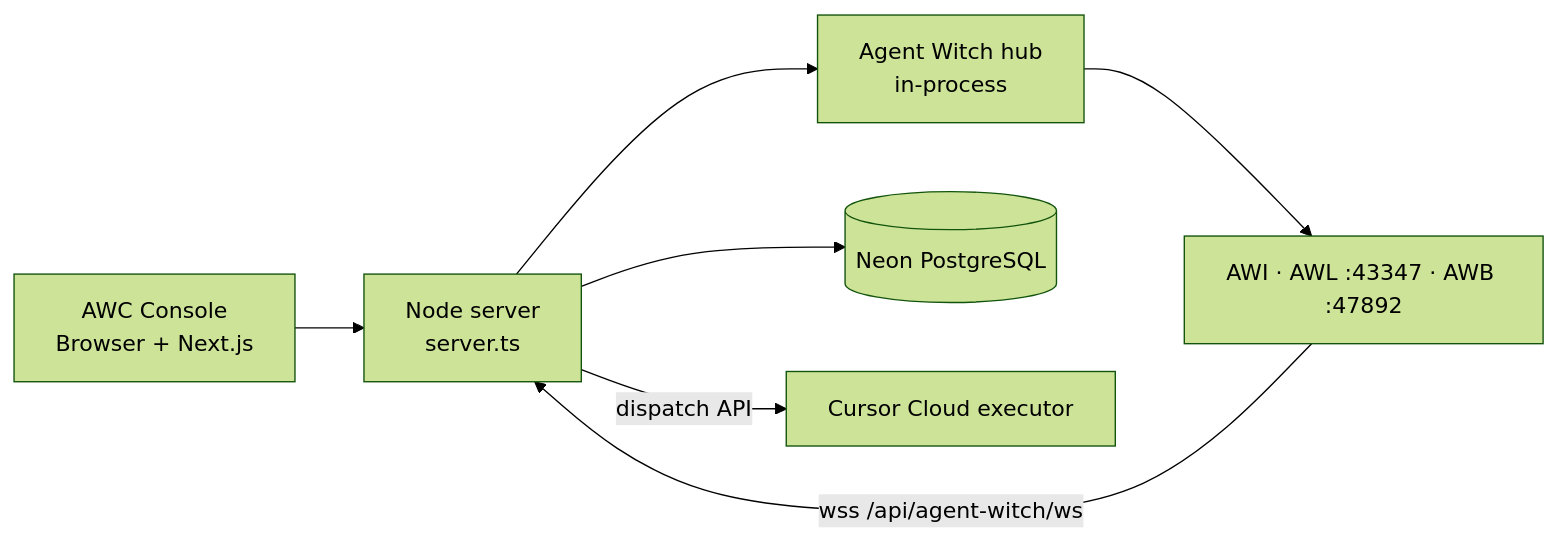
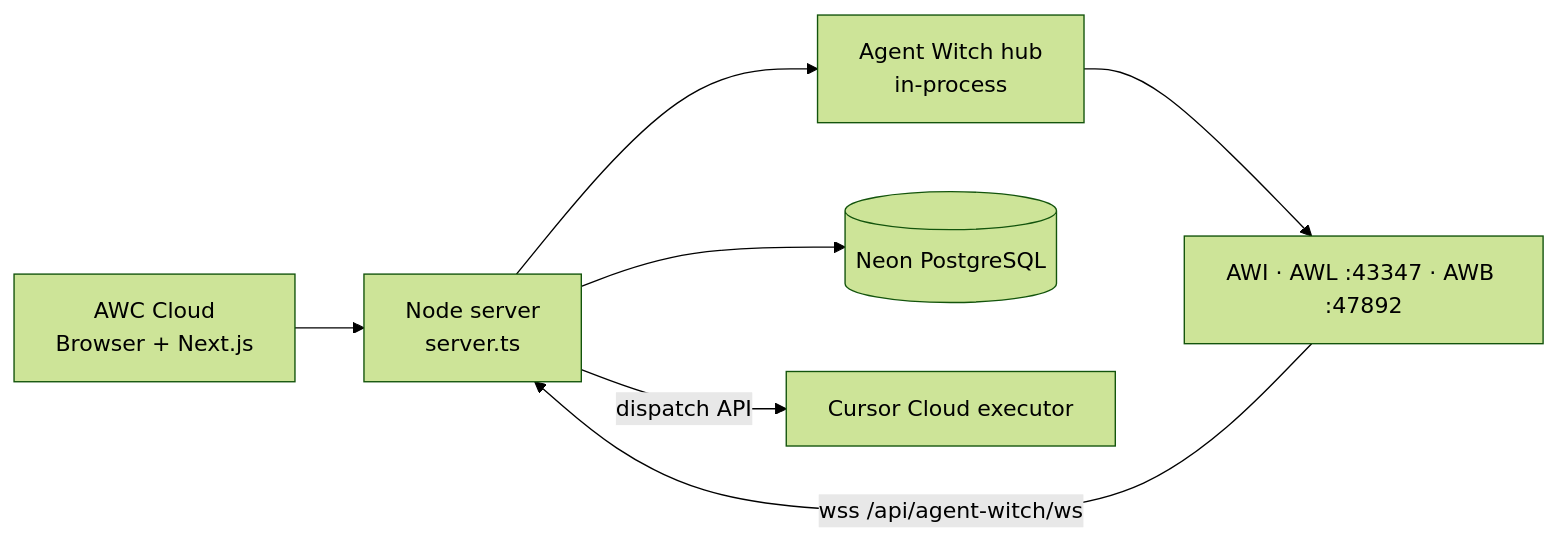
Before and after one commit to thiennp/daily-magic: the diagram in docs/architecture/system-map.md, drawn with Mermaid (forest theme). The commit also changed 73 other files, not shown here.

First line of the commit message:
docs: standardize AWC as Agent Witch Cloud and AWL as Agent Witch Local

````diff
--- a/docs/architecture/system-map.md
+++ b/docs/architecture/system-map.md
@@ -5,16 +5,16 @@
 ```mermaid
 flowchart LR
-  AWC[AWC Console\nBrowser + Next.js]
+  AWC[AWC Cloud\nBrowser + Next.js]
   Node[Node server\nserver.ts]
   Hub[Agent Witch hub\nin-process]
   Mac[AWI · AWL :43347 · AWB :47892]
   Neon[(Neon PostgreSQL)]
   Cloud[Cursor Cloud executor]
 
   AWC --> Node
   Mac -->|wss /api/agent-witch/ws| Node
   Node --> Hub
   Hub --> Mac
   Node --> Neon
   Node -->|dispatch API| Cloud
 ```
````
